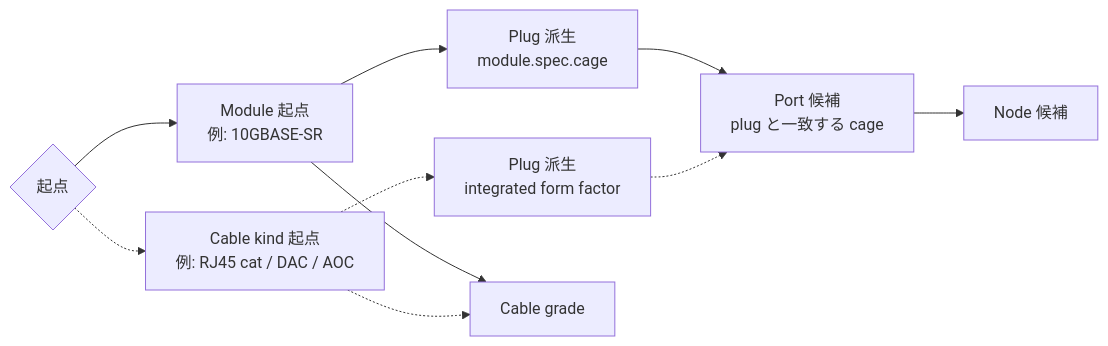
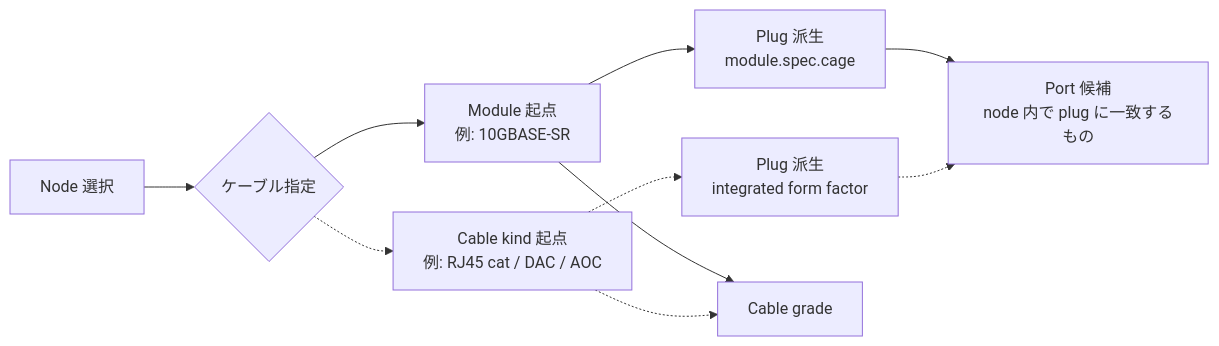
The fourth of 5 diagrams in apps/editor/docs/connection-model.md (konoe-akitoshi/shumoku), drawn with Mermaid before and after one commit. The commit also changed other lines of this file, not shown here.

First line of the commit message:
docs(connection-model): A and B both start with Node selection

````diff
--- a/apps/editor/docs/connection-model.md
+++ b/apps/editor/docs/connection-model.md
@@ -149,13 +151,12 @@
 ```mermaid
 flowchart LR
-  S{起点}
+  N[Node 選択] --> S{ケーブル指定}
   S --> M[Module 起点<br/>例: 10GBASE-SR]
   S -.-> CK[Cable kind 起点<br/>例: RJ45 cat / DAC / AOC]
   M --> PL1[Plug 派生<br/>module.spec.cage]
   CK -.-> PL2[Plug 派生<br/>integrated form factor]
-  PL1 --> P[Port 候補<br/>plug と一致する cage]
+  PL1 --> P[Port 候補<br/>node 内で plug に一致するもの]
   PL2 -.-> P
-  P --> N[Node 候補]
   M --> CG[Cable grade]
   CK -.-> CG
 ```
````
